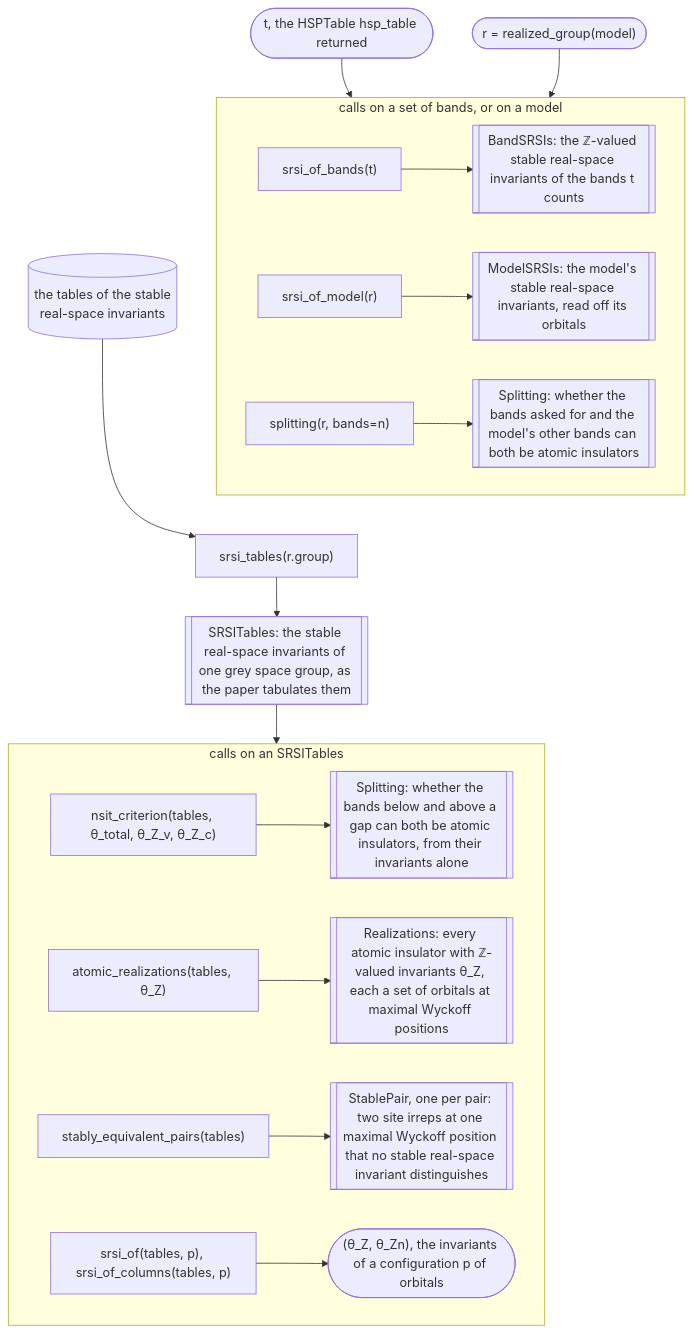
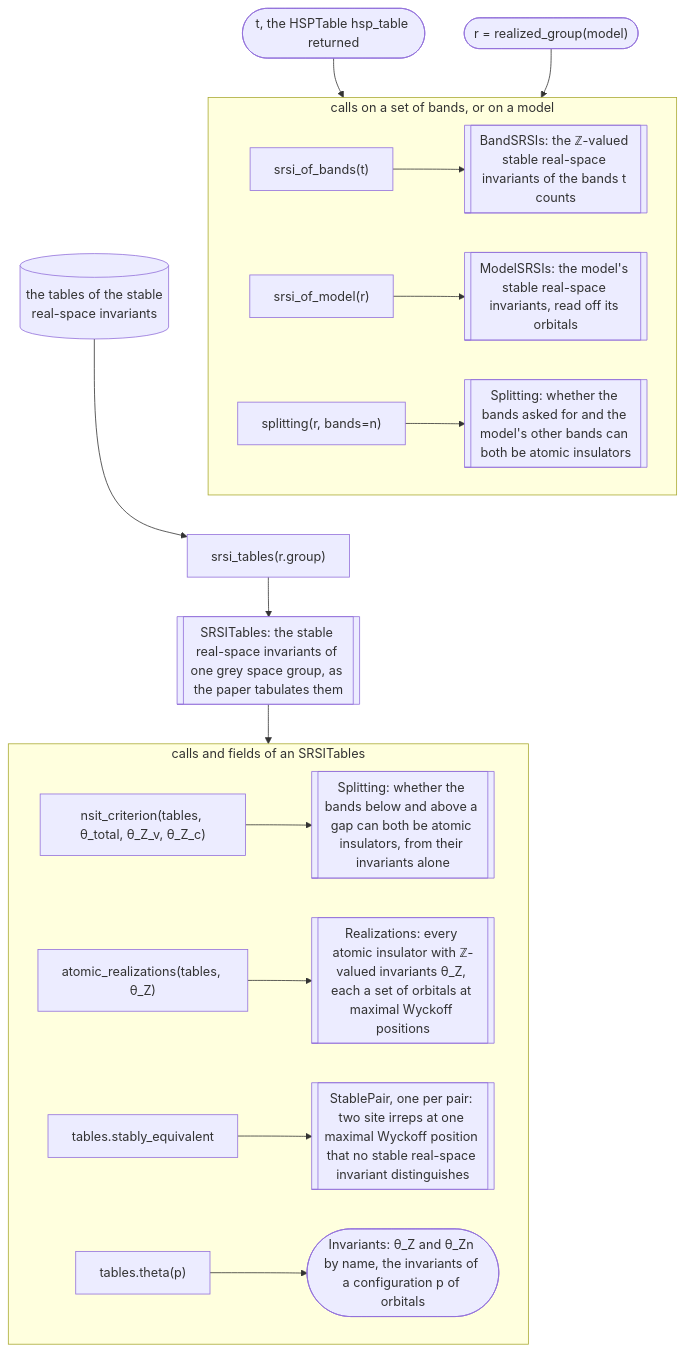
Before and after one commit to bbradlyn/pythtqc: the eighth of 8 diagrams in docs/background/modules.md, drawn with Mermaid. The commit also changed other lines of this file and 40 other files, not shown here.

First line of the commit message:
pythtqc: the stable real-space invariants are read by name, and a model's rows follow its Wyckoff orbits

````diff
--- a/docs/background/modules.md
+++ b/docs/background/modules.md
@@ -262,29 +262,29 @@
 ```mermaid
 flowchart TD
     i_t(["t, the HSPTable hsp_table returned"])
     i_r(["r = realized_group(model)"])
     i_data[("the tables of the stable<br/>real-space invariants")]
     i_tables["srsi_tables(r.group)"]
     i_ST[["SRSITables: the stable real-space invariants of one grey space group, as the paper tabulates them"]]
 
     i_t --> i_band_calls
     i_r --> i_band_calls
     i_band_calls ~~~ i_tables
     i_data --> i_tables --> i_ST
     i_ST --> i_table_calls
 
     subgraph i_band_calls ["calls on a set of bands, or on a model"]
         direction LR
         i_bands["srsi_of_bands(t)"] --> i_B[["BandSRSIs: the ℤ-valued stable real-space invariants of the bands t counts"]]
         i_model["srsi_of_model(r)"] --> i_M[["ModelSRSIs: the model's stable real-space invariants, read off its orbitals"]]
         i_split["splitting(r, bands=n)"] --> i_S[["Splitting: whether the bands asked for and the model's other bands can both be atomic insulators"]]
     end
 
-    subgraph i_table_calls ["calls on an SRSITables"]
+    subgraph i_table_calls ["calls and fields of an SRSITables"]
         direction LR
         i_nsit["nsit_criterion(tables, θ_total, θ_Z_v, θ_Z_c)"] --> i_S2[["Splitting: whether the bands below and above a gap can both be atomic insulators, from their invariants alone"]]
         i_ar["atomic_realizations(tables, θ_Z)"] --> i_RZ[["Realizations: every atomic insulator with ℤ-valued invariants θ_Z, each a set of orbitals at maximal Wyckoff positions"]]
-        i_pairs["stably_equivalent_pairs(tables)"] --> i_SP[["StablePair, one per pair: two site irreps at one maximal Wyckoff position that no stable real-space invariant distinguishes"]]
-        i_of["srsi_of(tables, p), srsi_of_columns(tables, p)"] --> i_of_out(["(θ_Z, θ_Zn), the invariants of a configuration p of orbitals"])
+        i_pairs["tables.stably_equivalent"] --> i_SP[["StablePair, one per pair: two site irreps at one maximal Wyckoff position that no stable real-space invariant distinguishes"]]
+        i_of["tables.theta(p)"] --> i_of_out(["Invariants: θ_Z and θ_Zn by name, the invariants of a configuration p of orbitals"])
     end
 ```
````
